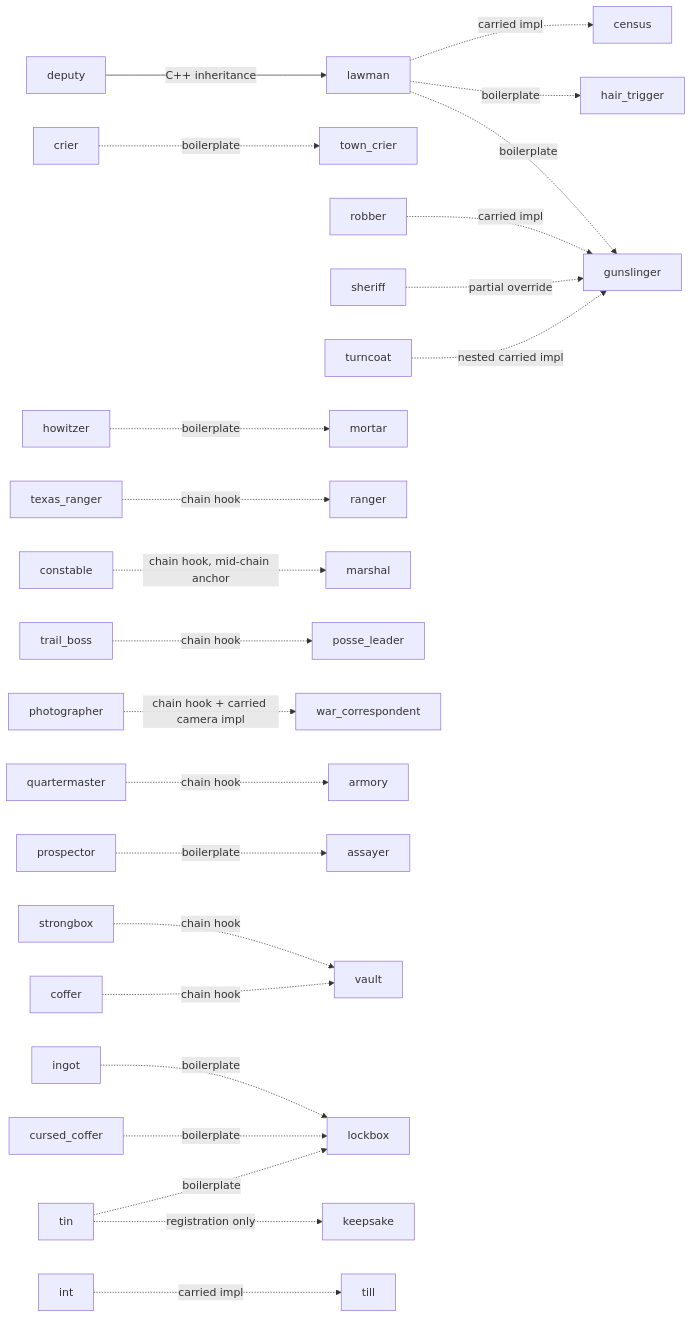
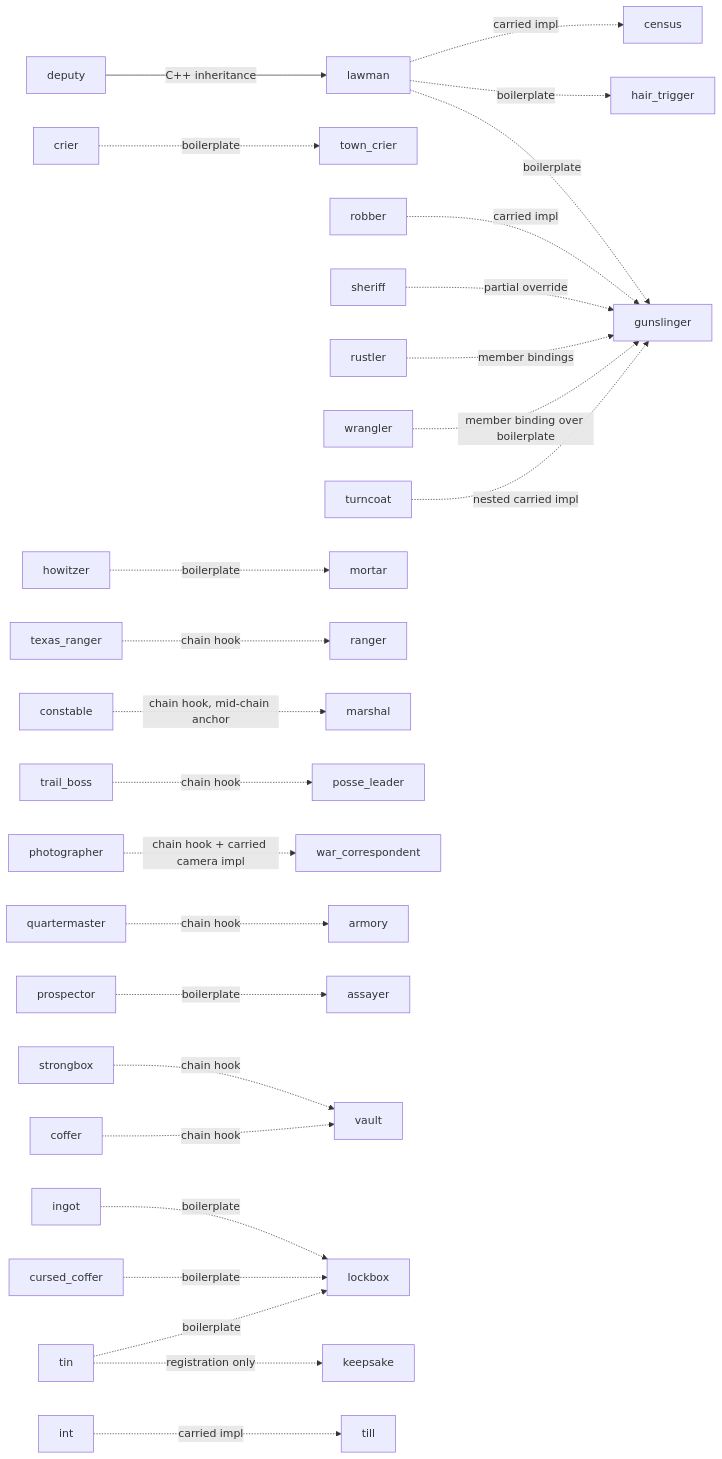
Before and after one commit to stevensudit/Corvid: the eighth of 8 diagrams in corvid/meta/invoke/proxy.md, drawn with Mermaid. The commit also changed other lines of this file and 2 other files, not shown here.

````diff
--- a/corvid/meta/invoke/proxy.md
+++ b/corvid/meta/invoke/proxy.md
@@ -2001,24 +2061,26 @@
 ```mermaid
 flowchart LR
     lawman -.->|boilerplate| gunslinger & hair_trigger
     lawman -.->|carried impl| census
     crier -.->|boilerplate| town_crier
     deputy -->|C++ inheritance| lawman
     robber -.->|carried impl| gunslinger
     sheriff -.->|partial override| gunslinger
+    rustler -.->|member bindings| gunslinger
+    wrangler -.->|member binding over boilerplate| gunslinger
     turncoat -.->|nested carried impl| gunslinger
     howitzer -.->|boilerplate| mortar
     texas_ranger -.->|chain hook| ranger
     constable -.->|"chain hook, mid-chain anchor"| marshal
     trail_boss -.->|chain hook| posse_leader
     photographer -.->|"chain hook + carried camera impl"| war_correspondent
     quartermaster -.->|chain hook| armory
     prospector -.->|boilerplate| assayer
     strongbox -.->|chain hook| vault
     coffer -.->|chain hook| vault
     ingot -.->|boilerplate| lockbox
     cursed_coffer -.->|boilerplate| lockbox
     tin -.->|boilerplate| lockbox
     tin -.->|registration only| keepsake
     int -.->|carried impl| till
 ```
````
